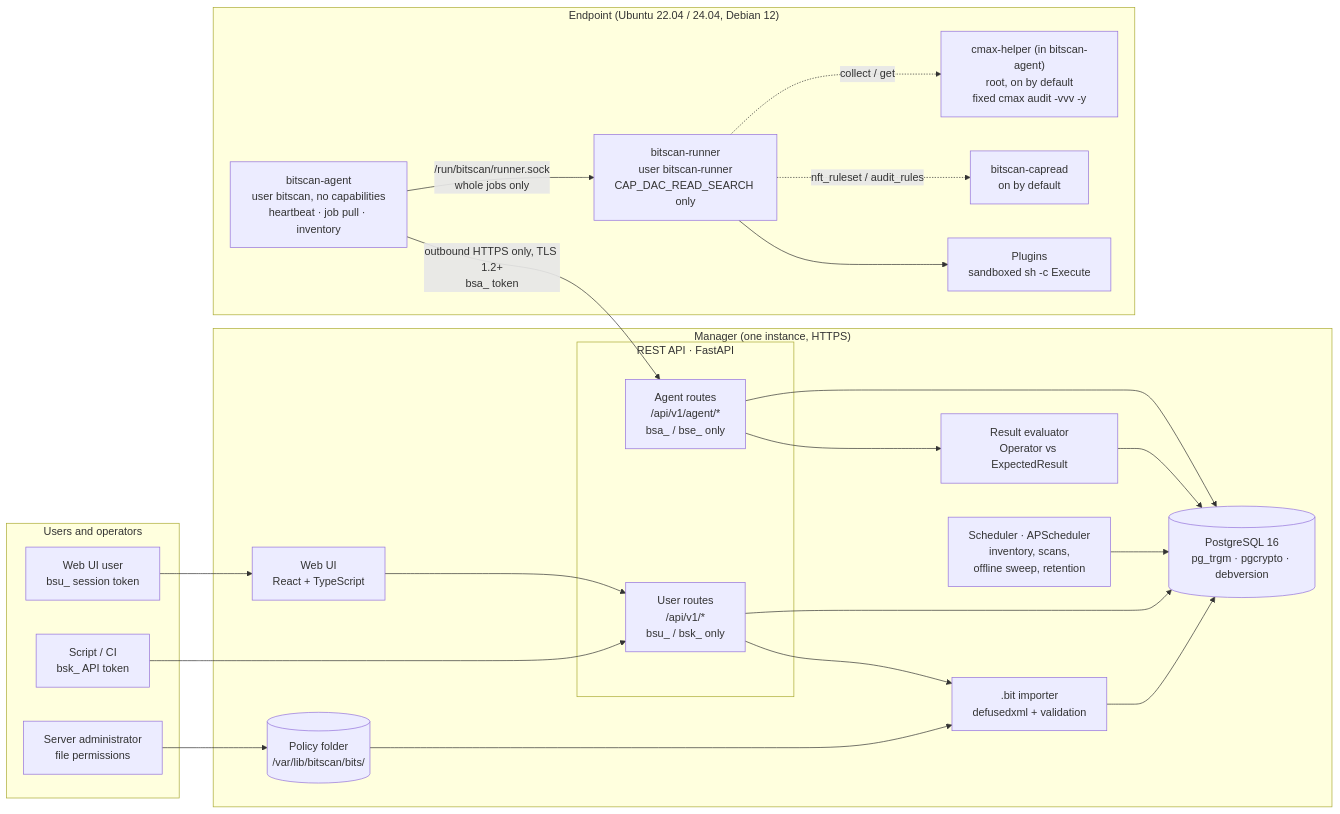
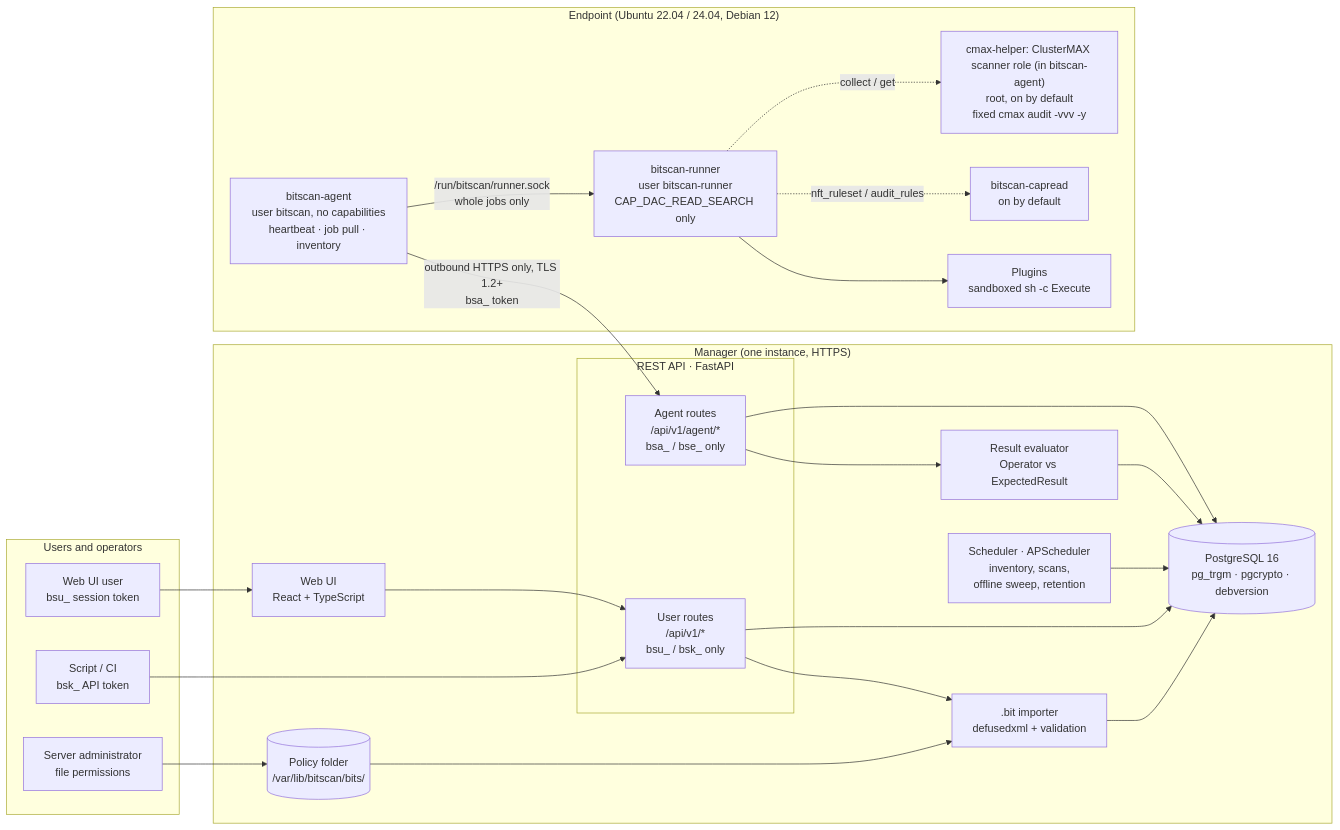
One commit to lusterless/Bitscan changed the diagram in docs/spec/Technical_Specification.md. Above: the diagram before and after it, drawn with Mermaid. The commit also changed other lines of this file and 3 other files, not shown here.

First line of the commit message:
docs(spec): ClusterMAX scanner role, uploaded kubeconfigs, scan files

````diff
--- a/docs/spec/Technical_Specification.md
+++ b/docs/spec/Technical_Specification.md
@@ -49,45 +49,45 @@
 ```mermaid
 flowchart LR
   subgraph People["Users and operators"]
     U["Web UI user<br/>bsu_ session token"]
     CI["Script / CI<br/>bsk_ API token"]
     SA["Server administrator<br/>file permissions"]
   end
 
   subgraph M["Manager (one instance, HTTPS)"]
     UI["Web UI<br/>React + TypeScript"]
     subgraph API["REST API · FastAPI"]
       UR["User routes<br/>/api/v1/*<br/>bsu_ / bsk_ only"]
       AR["Agent routes<br/>/api/v1/agent/*<br/>bsa_ / bse_ only"]
     end
     IMP[".bit importer<br/>defusedxml + validation"]
     EV["Result evaluator<br/>Operator vs ExpectedResult"]
     SCH["Scheduler · APScheduler<br/>inventory, scans,<br/>offline sweep, retention"]
     DIR[("Policy folder<br/>/var/lib/bitscan/bits/")]
     DB[("PostgreSQL 16<br/>pg_trgm · pgcrypto · debversion")]
   end
 
   subgraph E["Endpoint (Ubuntu 22.04 / 24.04, Debian 12)"]
     AG["bitscan-agent<br/>user bitscan, no capabilities<br/>heartbeat · job pull · inventory"]
     RN["bitscan-runner<br/>user bitscan-runner<br/>CAP_DAC_READ_SEARCH only"]
     PL["Plugins<br/>sandboxed sh -c Execute"]
     CR["bitscan-capread<br/>on by default"]
-    CMX["cmax-helper (in bitscan-agent)<br/>root, on by default<br/>fixed cmax audit -vvv -y"]
+    CMX["cmax-helper: ClusterMAX scanner role (in bitscan-agent)<br/>root, on by default<br/>fixed cmax audit -vvv -y"]
   end
 
   U --> UI --> UR
   CI --> UR
   SA --> DIR
   UR --> IMP
   DIR --> IMP
   IMP --> DB
   UR --> DB
   SCH --> DB
   AR --> EV --> DB
   AR --> DB
   AG -- "outbound HTTPS only, TLS 1.2+<br/>bsa_ token" --> AR
   AG -- "/run/bitscan/runner.sock<br/>whole jobs only" --> RN
   RN --> PL
   RN -. "nft_ruleset / audit_rules" .-> CR
   RN -. "collect / get" .-> CMX
 ```
````
